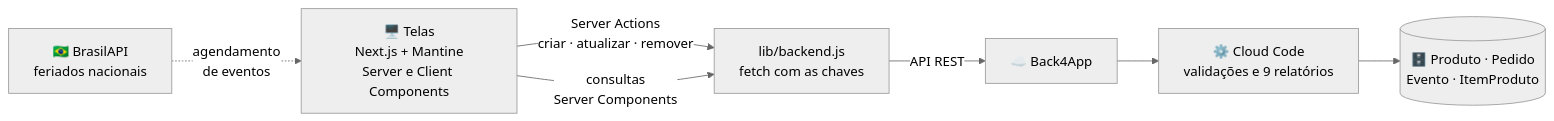
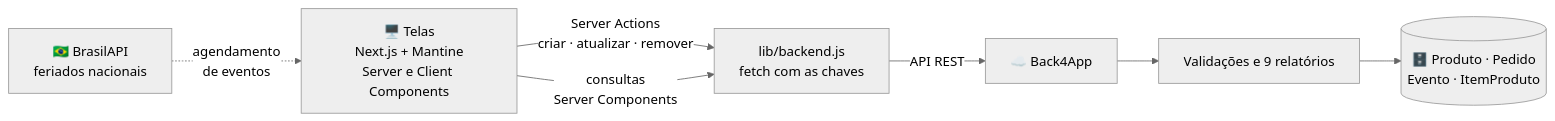
One commit to ninalira/Massa-Mia changed the diagram in README.md. Above: the diagram before and after it, drawn with Mermaid (neutral theme). The commit also changed other lines of this file, not shown here.

Commit message:
Update flowchart and team member information
Removed unnecessary wording from flowchart and updated team member details.

````diff
--- a/README.md
+++ b/README.md
@@ -76,9 +76,9 @@
 ```mermaid
 flowchart LR
     A["🖥️ Telas<br/>Next.js + Mantine<br/>Server e Client Components"] -->|"Server Actions<br/>criar · atualizar · remover"| B["lib/backend.js<br/>fetch com as chaves"]
     A -->|"consultas<br/>Server Components"| B
     B -->|"API REST"| C["☁️ Back4App"]
-    C --> D["⚙️ Cloud Code<br/>validações e 9 relatórios"]
+    C --> D["Validações e 9 relatórios"]
     D --> E[("🗄️ Produto · Pedido<br/>Evento · ItemProduto")]
     F["🇧🇷 BrasilAPI<br/>feriados nacionais"] -.->|"agendamento<br/>de eventos"| A
 ```
````
